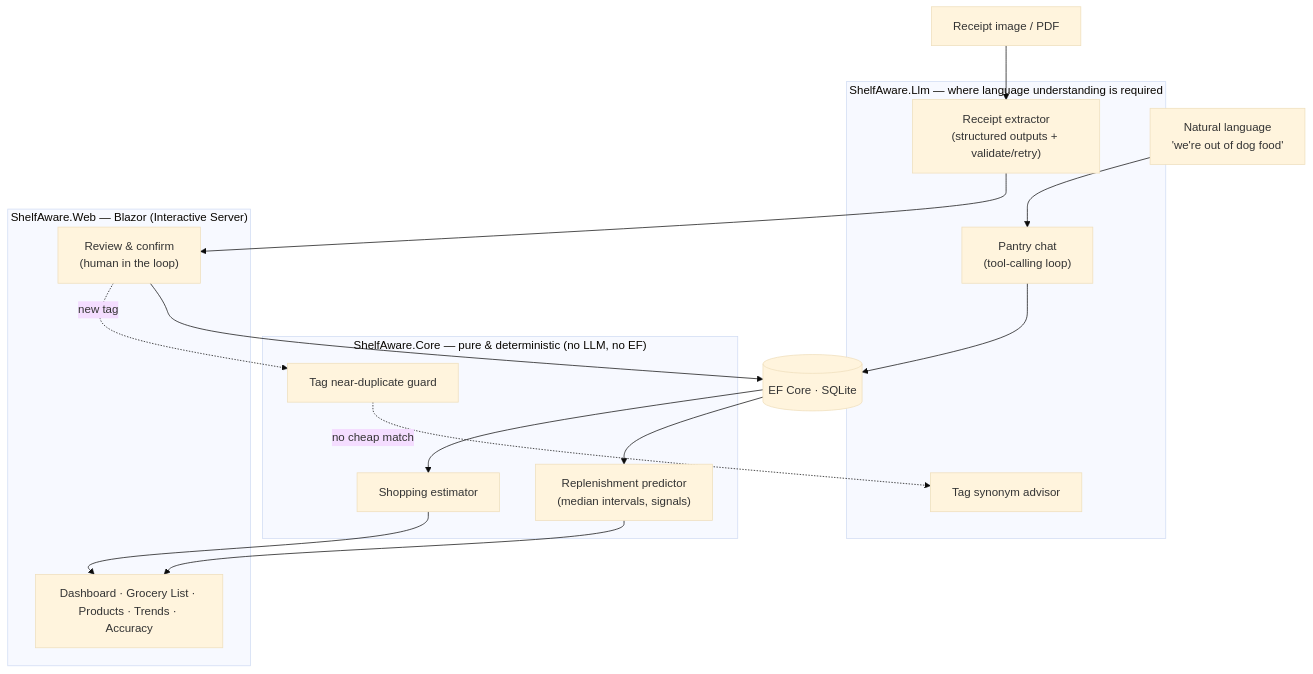
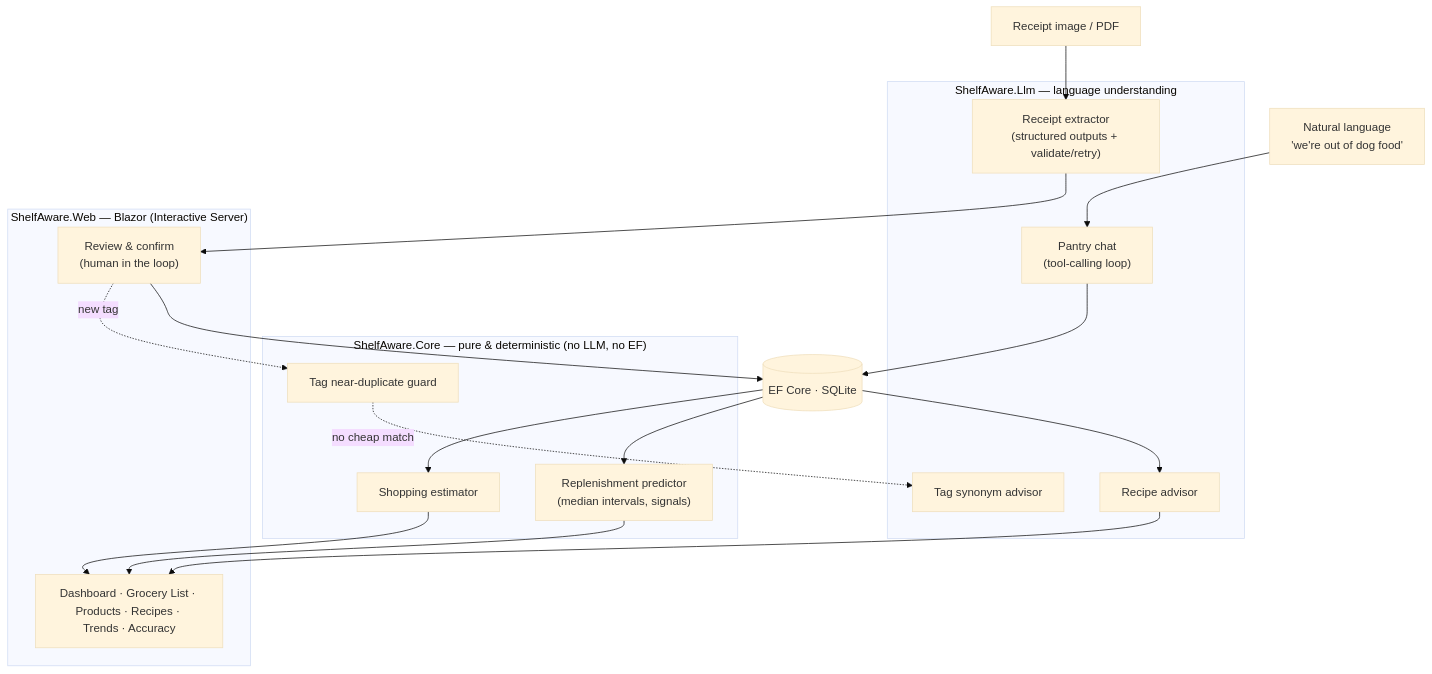
The diagram in README.md (Jcurran-Repo/ShelfAware), drawn with Mermaid (base theme) before and after one commit. The commit also changed other lines of this file and 2 other files, not shown here.

````diff
--- a/README.md
+++ b/README.md
@@ -42,31 +74,33 @@
 ```mermaid
 flowchart TD
     R["Receipt image / PDF"]
     NL["Natural language<br/>'we're out of dog food'"]
 
-    subgraph LLM["ShelfAware.Llm — where language understanding is required"]
+    subgraph LLM["ShelfAware.Llm — language understanding"]
       EX["Receipt extractor<br/>(structured outputs + validate/retry)"]
       CH["Pantry chat<br/>(tool-calling loop)"]
       TA["Tag synonym advisor"]
+      RA["Recipe advisor"]
     end
 
     subgraph CORE["ShelfAware.Core — pure & deterministic (no LLM, no EF)"]
       PR["Replenishment predictor<br/>(median intervals, signals)"]
       TG["Tag near-duplicate guard"]
       SE["Shopping estimator"]
     end
 
     DB[("EF Core · SQLite")]
 
     subgraph WEB["ShelfAware.Web — Blazor (Interactive Server)"]
       RV["Review &amp; confirm<br/>(human in the loop)"]
-      UI["Dashboard · Grocery List · Products · Trends · Accuracy"]
+      UI["Dashboard · Grocery List · Products · Recipes · Trends · Accuracy"]
     end
 
     R --> EX --> RV --> DB
     NL --> CH --> DB
     DB --> PR --> UI
     DB --> SE --> UI
     RV -. "new tag" .-> TG
     TG -. "no cheap match" .-> TA
+    DB --> RA --> UI
 ```
````
